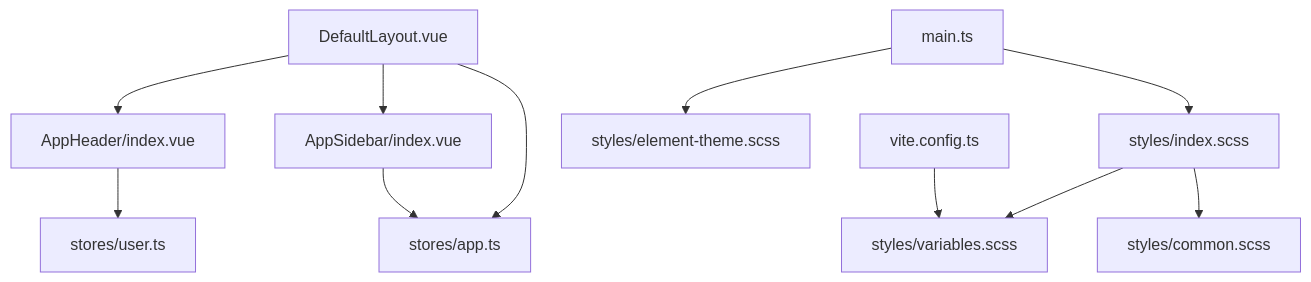
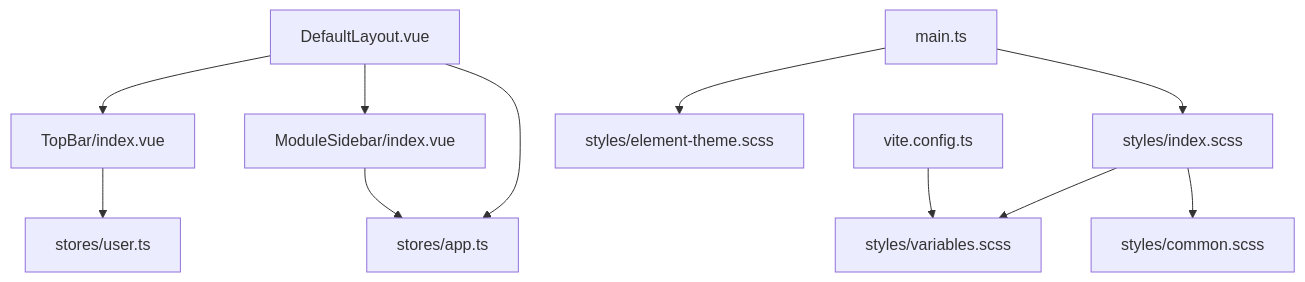
Before and after one commit to War-Blood/WX_APP_OA: the second of 7 diagrams in .AI/Wiki/Web 管理后台/UI 组件库.md, drawn with Mermaid. The commit also changed other lines of this file and 107 other files, not shown here.

````diff
--- a/.AI/Wiki/Web 管理后台/UI 组件库.md
+++ b/.AI/Wiki/Web 管理后台/UI 组件库.md
@@ -129,13 +129,13 @@
 ```mermaid
 graph TB
-L["DefaultLayout.vue"] --> H["AppHeader/index.vue"]
-L --> S["AppSidebar/index.vue"]
+L["DefaultLayout.vue"] --> H["TopBar/index.vue"]
+L --> S["ModuleSidebar/index.vue"]
 H --> UStore["stores/user.ts"]
 S --> AStore["stores/app.ts"]
 L --> AStore
 M["main.ts"] --> ETheme["styles/element-theme.scss"]
 M --> Styles["styles/index.scss"]
 Styles --> Vars["styles/variables.scss"]
 Styles --> Common["styles/common.scss"]
 VC["vite.config.ts"] --> Vars
 ```
````
